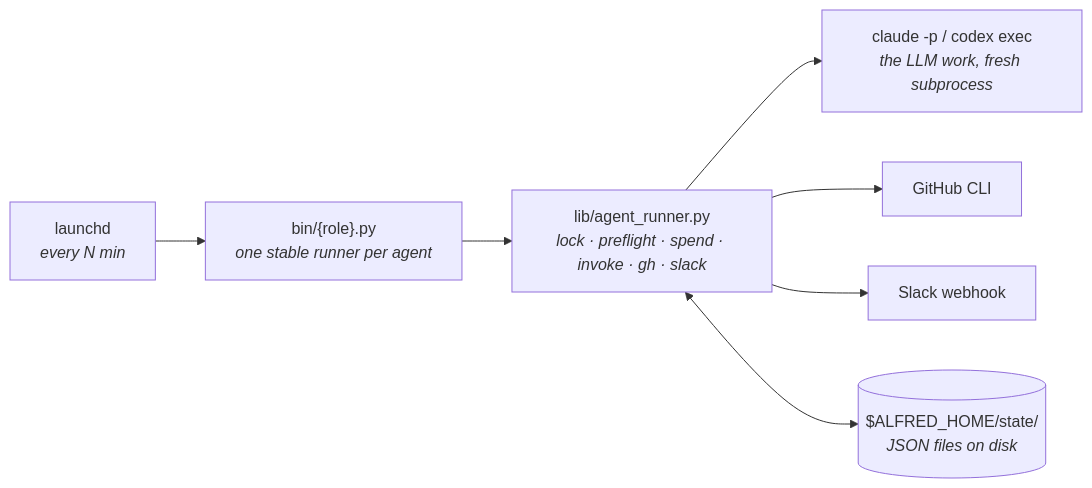
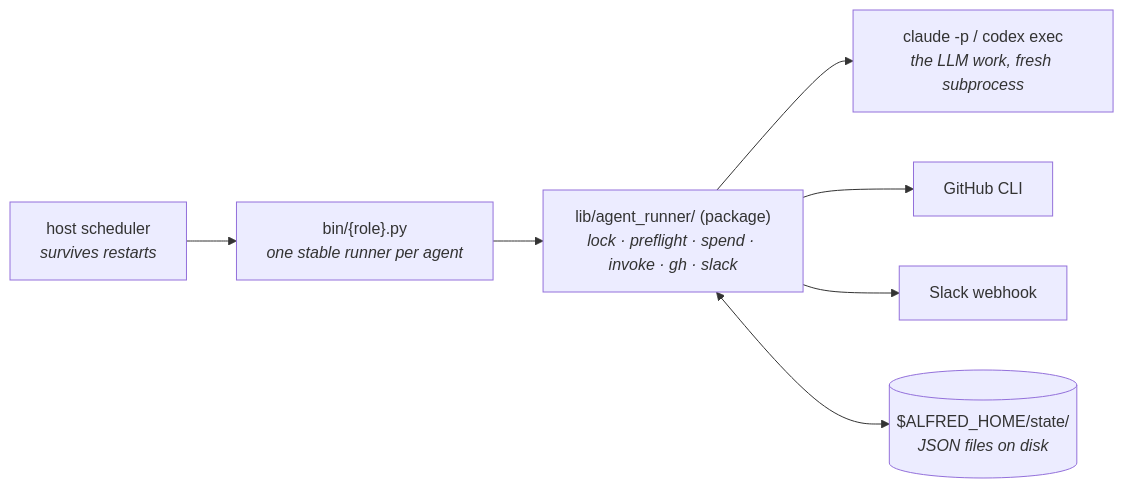
The first of 4 diagrams in site/src/content/docs/concepts/architecture.md (luminik-io/alfred), drawn with Mermaid before and after one commit. The commit also changed other lines of this file and 175 other files, not shown here.

````diff
--- a/site/src/content/docs/concepts/architecture.md
+++ b/site/src/content/docs/concepts/architecture.md
@@ -12,15 +12,15 @@
 ```mermaid
 flowchart LR
-    launchd["launchd<br/><i>every N min</i>"]
+    scheduler["host scheduler<br/><i>survives restarts</i>"]
     role["bin/{role}.py<br/><i>one stable runner per agent</i>"]
-    runner["lib/agent_runner.py<br/><i>lock · preflight · spend · invoke · gh · slack</i>"]
+    runner["lib/agent_runner/ (package)<br/><i>lock · preflight · spend · invoke · gh · slack</i>"]
     engine["claude -p / codex exec<br/><i>the LLM work, fresh subprocess</i>"]
     gh["GitHub CLI"]
     slack["Slack webhook"]
     state[("$ALFRED_HOME/state/<br/><i>JSON files on disk</i>")]
 
-    launchd --> role --> runner --> engine
+    scheduler --> role --> runner --> engine
     runner --> gh
     runner --> slack
     runner <--> state
 ```
````
